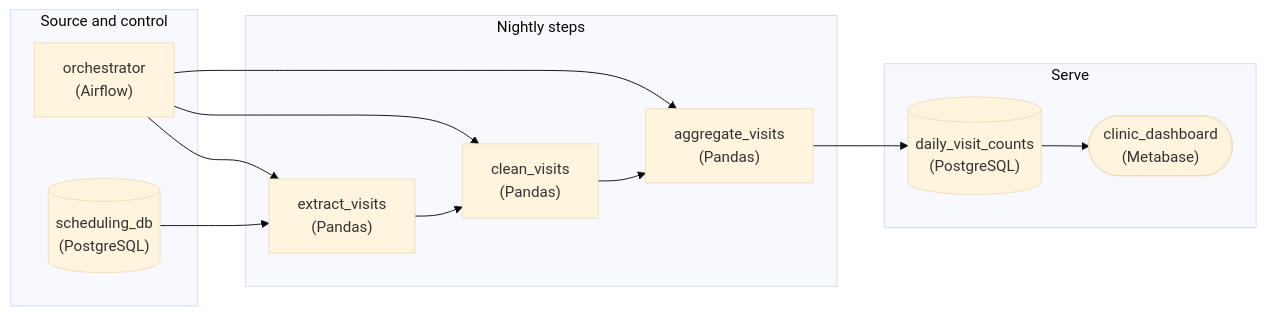
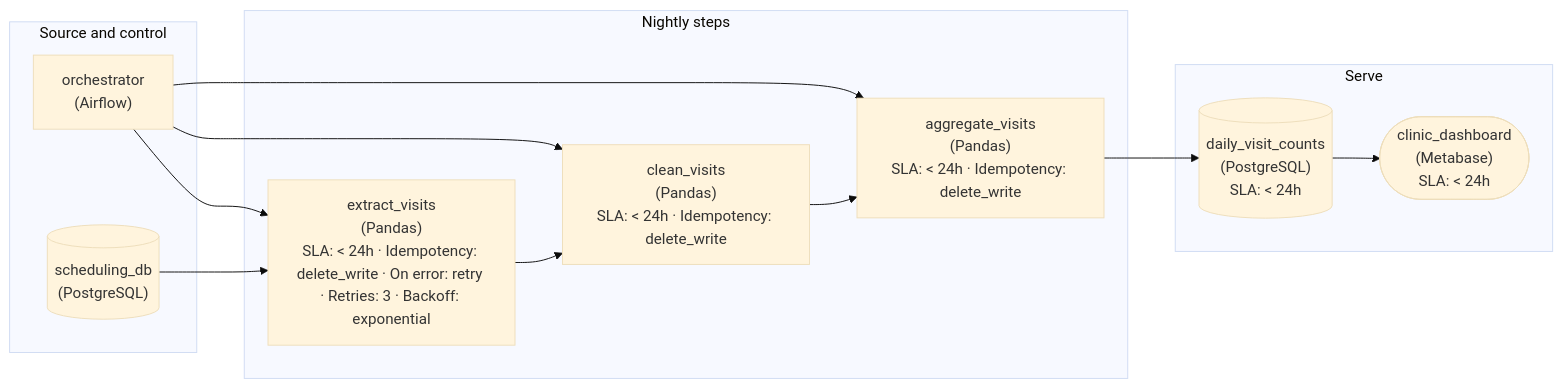
The third of 4 diagrams in lesson_preview/interview/architecture/pipeline_making_it_repeatable_beginner.md (Dulain-Willis/study-helper), drawn with Mermaid (base theme) before and after one commit. The commit also changed other lines of this file and 26 other files, not shown here.

First line of the commit message:
Mermaid diagrams: show tags and extra values inside each node (#43)

````diff
--- a/lesson_preview/interview/architecture/pipeline_making_it_repeatable_beginner.md
+++ b/lesson_preview/interview/architecture/pipeline_making_it_repeatable_beginner.md
@@ -822,24 +822,24 @@
 ```mermaid
 flowchart LR
     subgraph L0["Source and control"]
         n0[("scheduling_db<br/>(PostgreSQL)")]
         n1["orchestrator<br/>(Airflow)"]
     end
     subgraph L1["Nightly steps"]
-        n2["extract_visits<br/>(Pandas)"]
-        n3["clean_visits<br/>(Pandas)"]
-        n4["aggregate_visits<br/>(Pandas)"]
+        n2["extract_visits<br/>(Pandas)<br/>SLA: #60; 24h · Idempotency: delete_write · On error: retry · Retries: 3 · Backoff: exponential"]
+        n3["clean_visits<br/>(Pandas)<br/>SLA: #60; 24h · Idempotency: delete_write"]
+        n4["aggregate_visits<br/>(Pandas)<br/>SLA: #60; 24h · Idempotency: delete_write"]
     end
     subgraph L2["Serve"]
-        n5[("daily_visit_counts<br/>(PostgreSQL)")]
-        n6(["clinic_dashboard<br/>(Metabase)"])
+        n5[("daily_visit_counts<br/>(PostgreSQL)<br/>SLA: #60; 24h")]
+        n6(["clinic_dashboard<br/>(Metabase)<br/>SLA: #60; 24h"])
     end
     n1 --> n2
     n1 --> n3
     n1 --> n4
     n0 --> n2
     n2 --> n3
     n3 --> n4
     n4 --> n5
     n5 --> n6
 ```
````
